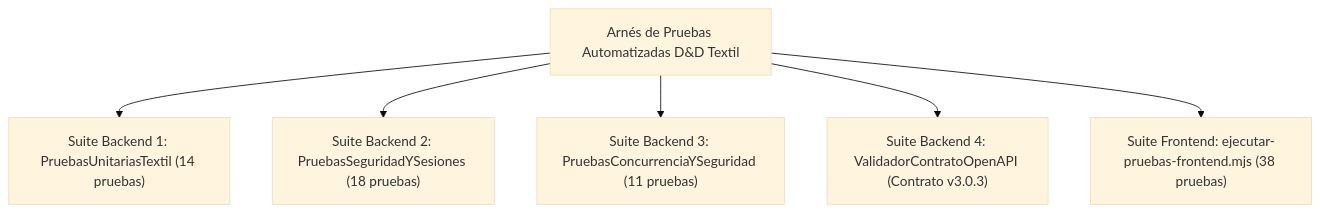
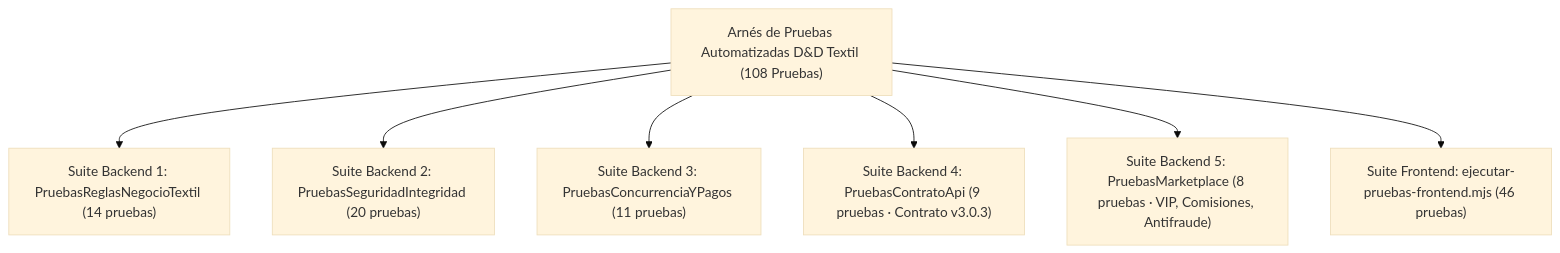
The diagram in documentacion/14-plan-y-reporte-de-pruebas-iso25010.md (Jhonmoreno000/PROYECTO-SENA-TIENDA-TEXTIL-), drawn with Mermaid (base theme) before and after one commit. The commit also changed other lines of this file and 1 other file, not shown here.

````diff
--- a/documentacion/14-plan-y-reporte-de-pruebas-iso25010.md
+++ b/documentacion/14-plan-y-reporte-de-pruebas-iso25010.md
@@ -25,8 +25,9 @@
 ```mermaid
 flowchart TD
-    QA["Arnés de Pruebas Automatizadas D&D Textil"] --> B1["Suite Backend 1: PruebasUnitariasTextil (14 pruebas)"]
-    QA --> B2["Suite Backend 2: PruebasSeguridadYSesiones (18 pruebas)"]
-    QA --> B3["Suite Backend 3: PruebasConcurrenciaYSeguridad (11 pruebas)"]
-    QA --> B4["Suite Backend 4: ValidadorContratoOpenAPI (Contrato v3.0.3)"]
-    QA --> F1["Suite Frontend: ejecutar-pruebas-frontend.mjs (38 pruebas)"]
+    QA["Arnés de Pruebas Automatizadas D&D Textil (108 Pruebas)"] --> B1["Suite Backend 1: PruebasReglasNegocioTextil (14 pruebas)"]
+    QA --> B2["Suite Backend 2: PruebasSeguridadIntegridad (20 pruebas)"]
+    QA --> B3["Suite Backend 3: PruebasConcurrenciaYPagos (11 pruebas)"]
+    QA --> B4["Suite Backend 4: PruebasContratoApi (9 pruebas · Contrato v3.0.3)"]
+    QA --> B5["Suite Backend 5: PruebasMarketplace (8 pruebas · VIP, Comisiones, Antifraude)"]
+    QA --> F1["Suite Frontend: ejecutar-pruebas-frontend.mjs (46 pruebas)"]
 ```
````
